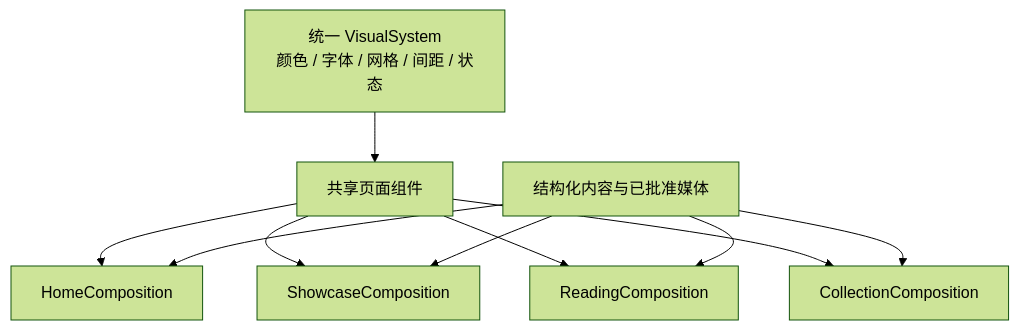
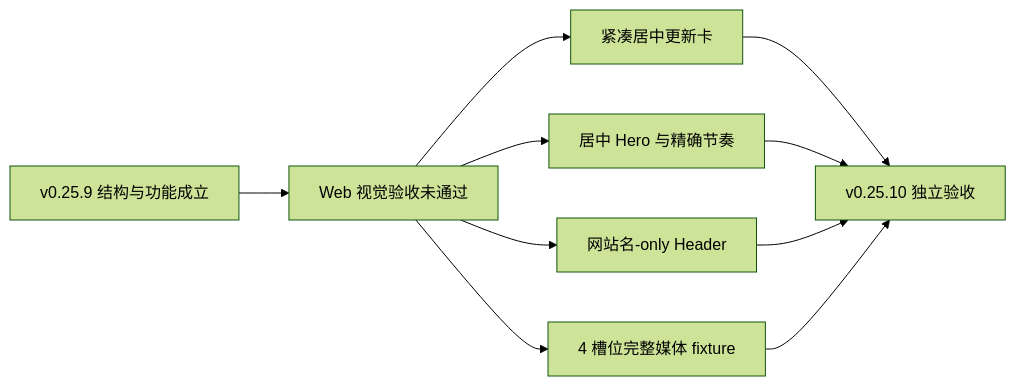
The diagram in docs/iterations/current.md (Chizheng4/xingbuild), drawn with Mermaid (forest theme) before and after one commit. The commit also changed other lines of this file and 17 other files, not shown here.

Commit message:
fix: align v0.25.10 web visual geometry

````diff
--- a/docs/iterations/current.md
+++ b/docs/iterations/current.md
@@ -17,12 +17,12 @@
 ```mermaid
-flowchart TD
-    A["统一 VisualSystem\n颜色 / 字体 / 网格 / 间距 / 状态"] --> B["共享页面组件"]
-    B --> C["HomeComposition"]
-    B --> D["ShowcaseComposition"]
-    B --> E["ReadingComposition"]
-    B --> F["CollectionComposition"]
-    G["结构化内容与已批准媒体"] --> C
-    G --> D
-    G --> E
-    G --> F
+flowchart LR
+    A["v0.25.9 结构与功能成立"] --> B["Web 视觉验收未通过"]
+    B --> C["紧凑居中更新卡"]
+    B --> D["居中 Hero 与精确节奏"]
+    B --> E["网站名-only Header"]
+    B --> F["4 槽位完整媒体 fixture"]
+    C --> G["v0.25.10 独立验收"]
+    D --> G
+    E --> G
+    F --> G
 ```
````
